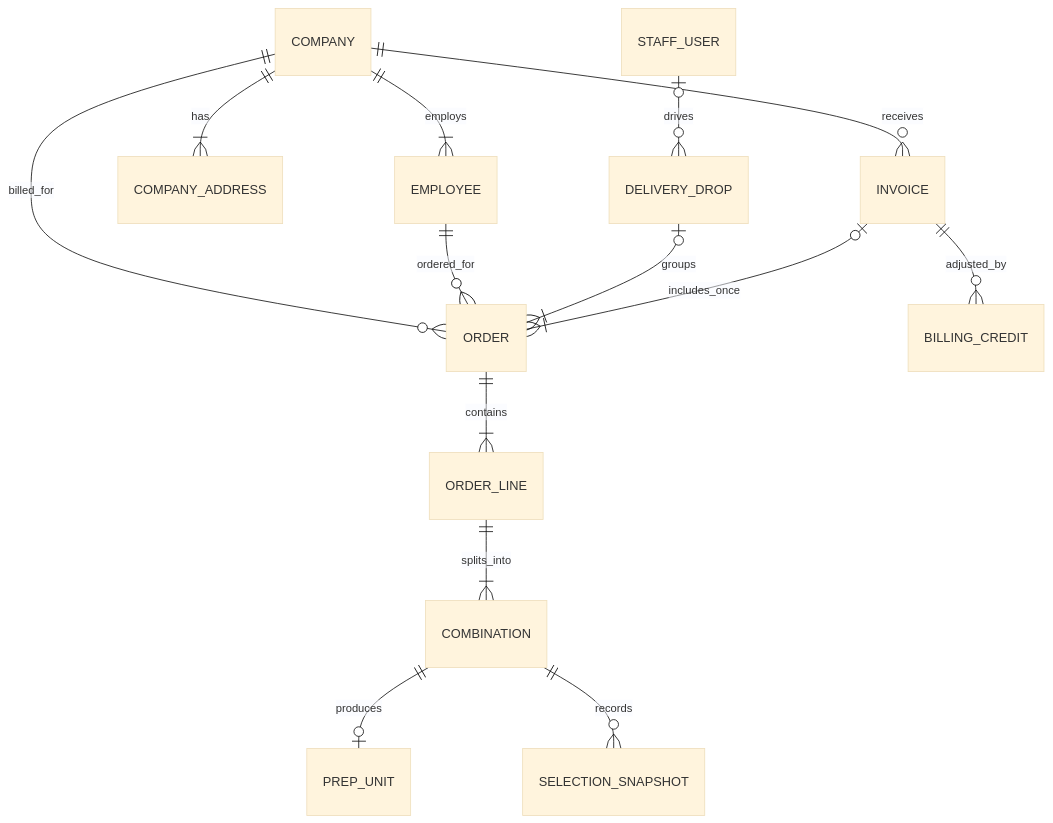
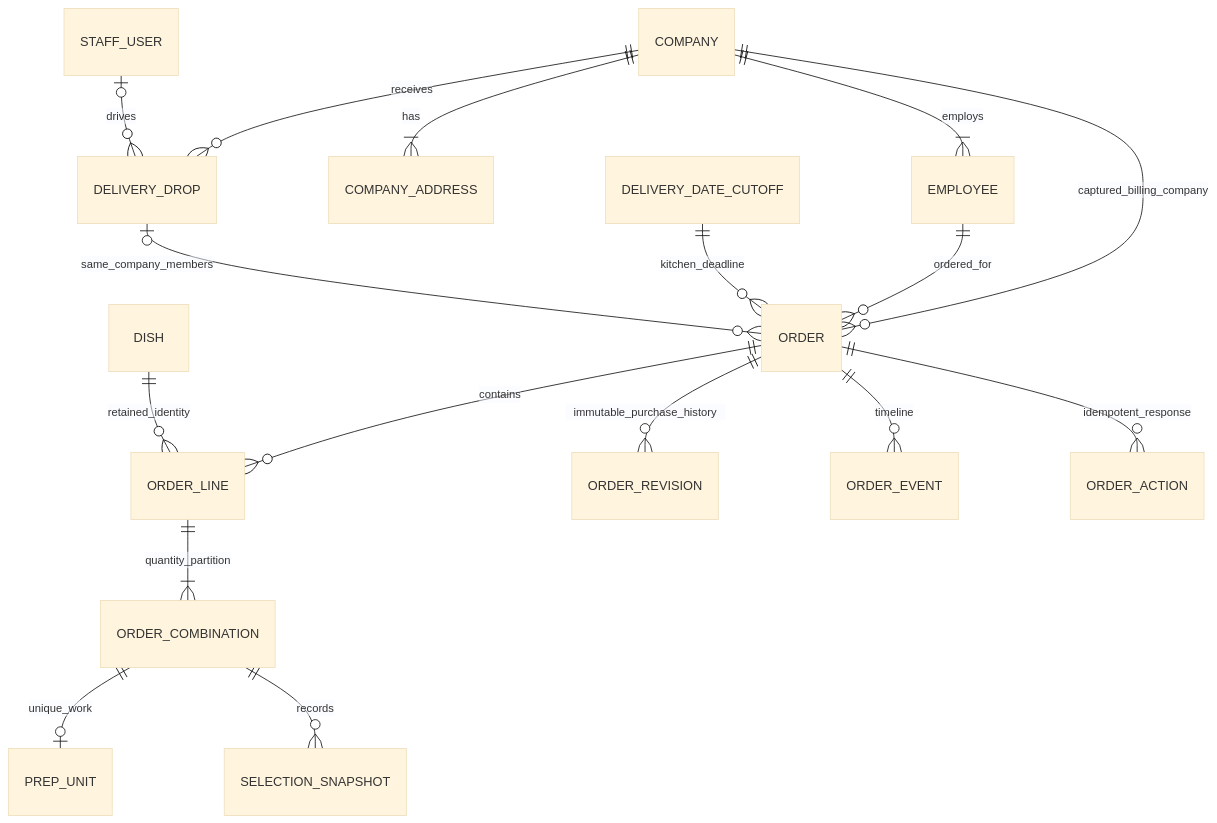
The second of 9 diagrams in docs/diagrams.md (dishitabuilds/fernleaf-kitchen), drawn with Mermaid (base theme) before and after one commit. The commit also changed other lines of this file and 55 other files, not shown here.

````diff
--- a/docs/diagrams.md
+++ b/docs/diagrams.md
@@ -43,16 +43,19 @@
 ```mermaid
 erDiagram
     COMPANY ||--|{ EMPLOYEE : employs
     COMPANY ||--|{ COMPANY_ADDRESS : has
-    COMPANY ||--o{ ORDER : billed_for
-    COMPANY ||--o{ INVOICE : receives
+    COMPANY ||--o{ ORDER : captured_billing_company
     EMPLOYEE ||--o{ ORDER : ordered_for
-    ORDER ||--|{ ORDER_LINE : contains
-    ORDER_LINE ||--|{ COMBINATION : splits_into
-    COMBINATION ||--o| PREP_UNIT : produces
-    COMBINATION ||--o{ SELECTION_SNAPSHOT : records
-    DELIVERY_DROP o|--|{ ORDER : groups
+    DELIVERY_DATE_CUTOFF ||--o{ ORDER : kitchen_deadline
+    ORDER ||--o{ ORDER_LINE : contains
+    DISH ||--o{ ORDER_LINE : retained_identity
+    ORDER_LINE ||--|{ ORDER_COMBINATION : quantity_partition
+    ORDER_COMBINATION ||--o| PREP_UNIT : unique_work
+    ORDER_COMBINATION ||--o{ SELECTION_SNAPSHOT : records
+    ORDER ||--o{ ORDER_REVISION : immutable_purchase_history
+    ORDER ||--o{ ORDER_EVENT : timeline
+    ORDER ||--o{ ORDER_ACTION : idempotent_response
+    COMPANY ||--o{ DELIVERY_DROP : receives
+    DELIVERY_DROP o|--o{ ORDER : same_company_members
     STAFF_USER o|--o{ DELIVERY_DROP : drives
-    INVOICE o|--|{ ORDER : includes_once
-    INVOICE ||--o{ BILLING_CREDIT : adjusted_by
 ```
````
